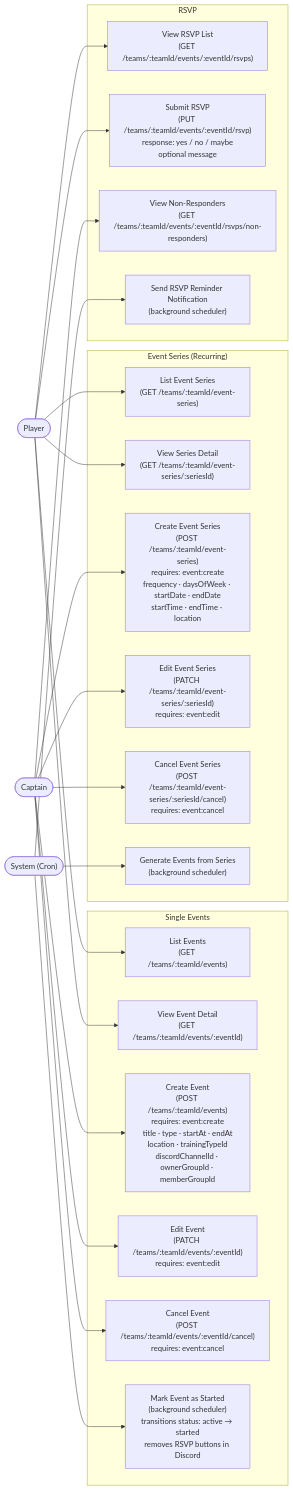
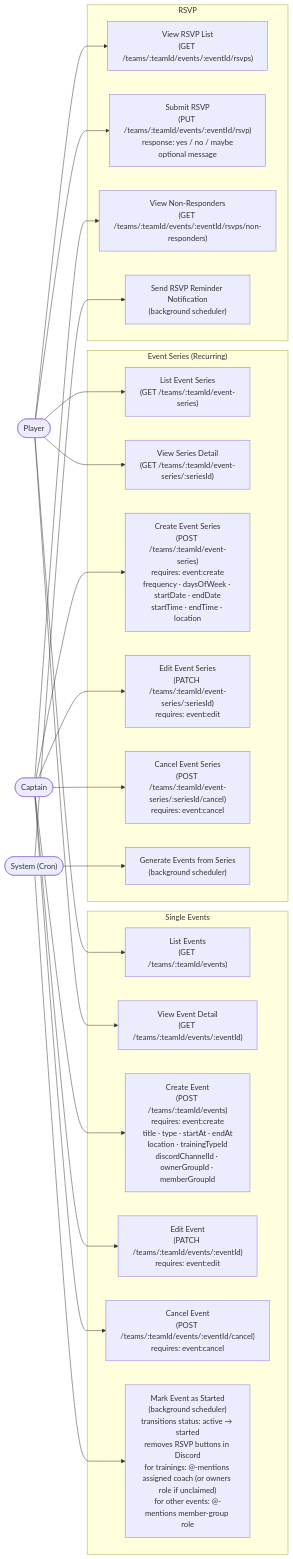
Before and after one commit to maxa-ondrej/sideline: the sixth of 11 diagrams in docs/thesis/use-cases.md, drawn with Mermaid. The commit also changed other lines of this file and 30 other files, not shown here.

First line of the commit message:
fix(event): mention assigned coach on training start; one owners claim thread (#392)

````diff
--- a/docs/thesis/use-cases.md
+++ b/docs/thesis/use-cases.md
@@ -457,50 +457,50 @@
 ```mermaid
 flowchart LR
     PL(["Player"])
     CP(["Captain"])
     SYS(["System (Cron)"])
 
     subgraph SINGLE["Single Events"]
         UC_LIST_EVENTS["List Events\n(GET /teams/:teamId/events)"]
         UC_GET_EVENT["View Event Detail\n(GET /teams/:teamId/events/:eventId)"]
         UC_CREATE_EVENT["Create Event\n(POST /teams/:teamId/events)\nrequires: event:create\ntitle · type · startAt · endAt\nlocation · trainingTypeId\ndiscordChannelId · ownerGroupId · memberGroupId"]
         UC_EDIT_EVENT["Edit Event\n(PATCH /teams/:teamId/events/:eventId)\nrequires: event:edit"]
         UC_CANCEL_EVENT["Cancel Event\n(POST /teams/:teamId/events/:eventId/cancel)\nrequires: event:cancel"]
-        UC_START_EVENT["Mark Event as Started\n(background scheduler)\ntransitions status: active → started\nremoves RSVP buttons in Discord"]
+        UC_START_EVENT["Mark Event as Started\n(background scheduler)\ntransitions status: active → started\nremoves RSVP buttons in Discord\nfor trainings: @-mentions assigned coach (or owners role if unclaimed)\nfor other events: @-mentions member-group role"]
     end
 
     subgraph SERIES["Event Series (Recurring)"]
         UC_LIST_SERIES["List Event Series\n(GET /teams/:teamId/event-series)"]
         UC_GET_SERIES["View Series Detail\n(GET /teams/:teamId/event-series/:seriesId)"]
         UC_CREATE_SERIES["Create Event Series\n(POST /teams/:teamId/event-series)\nrequires: event:create\nfrequency · daysOfWeek · startDate · endDate\nstartTime · endTime · location"]
         UC_EDIT_SERIES["Edit Event Series\n(PATCH /teams/:teamId/event-series/:seriesId)\nrequires: event:edit"]
         UC_CANCEL_SERIES["Cancel Event Series\n(POST /teams/:teamId/event-series/:seriesId/cancel)\nrequires: event:cancel"]
         UC_GEN_EVENTS["Generate Events from Series\n(background scheduler)"]
     end
 
     subgraph RSVP["RSVP"]
         UC_GET_RSVPS["View RSVP List\n(GET /teams/:teamId/events/:eventId/rsvps)"]
         UC_SUBMIT_RSVP["Submit RSVP\n(PUT /teams/:teamId/events/:eventId/rsvp)\nresponse: yes / no / maybe\noptional message"]
         UC_NON_RESPONDERS["View Non-Responders\n(GET /teams/:teamId/events/:eventId/rsvps/non-responders)"]
         UC_RSVP_REMINDER["Send RSVP Reminder Notification\n(background scheduler)"]
     end
 
     PL --> UC_LIST_EVENTS
     PL --> UC_GET_EVENT
     PL --> UC_SUBMIT_RSVP
     PL --> UC_GET_RSVPS
     PL --> UC_LIST_SERIES
     PL --> UC_GET_SERIES
 
     CP --> UC_CREATE_EVENT
     CP --> UC_EDIT_EVENT
     CP --> UC_CANCEL_EVENT
     CP --> UC_CREATE_SERIES
     CP --> UC_EDIT_SERIES
     CP --> UC_CANCEL_SERIES
     CP --> UC_NON_RESPONDERS
 
     SYS --> UC_GEN_EVENTS
     SYS --> UC_START_EVENT
     SYS --> UC_RSVP_REMINDER
 ```
````
